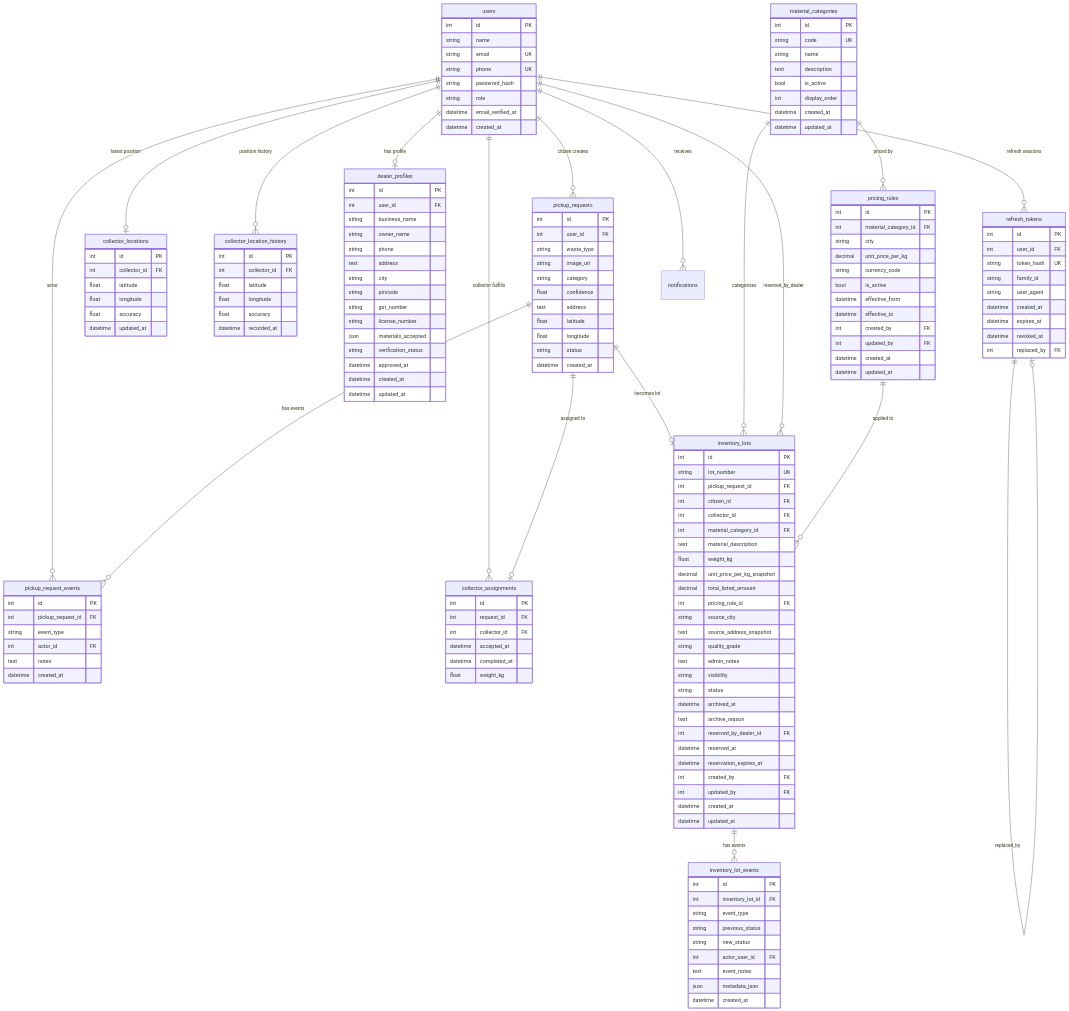
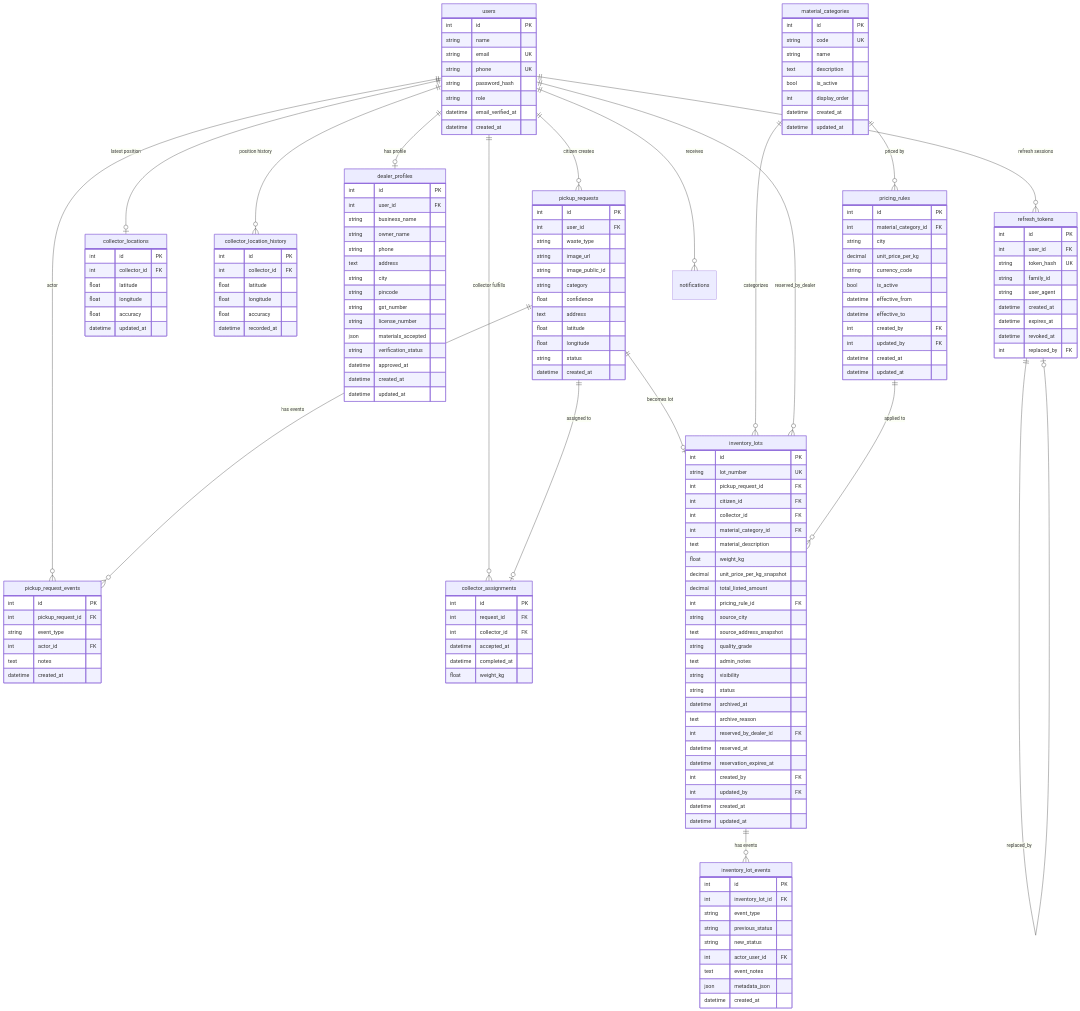
Before and after one commit to Subhajitdas99/waste-iq: the diagram in docs/DATABASE_SCHEMA.md, drawn with Mermaid. The commit also changed other lines of this file and 15 other files, not shown here.

```diff
--- a/docs/DATABASE_SCHEMA.md
+++ b/docs/DATABASE_SCHEMA.md
@@ -50,6 +50,7 @@
         int user_id FK
         string waste_type
         string image_url
+        string image_public_id
         string category
         float confidence
         text address
```
